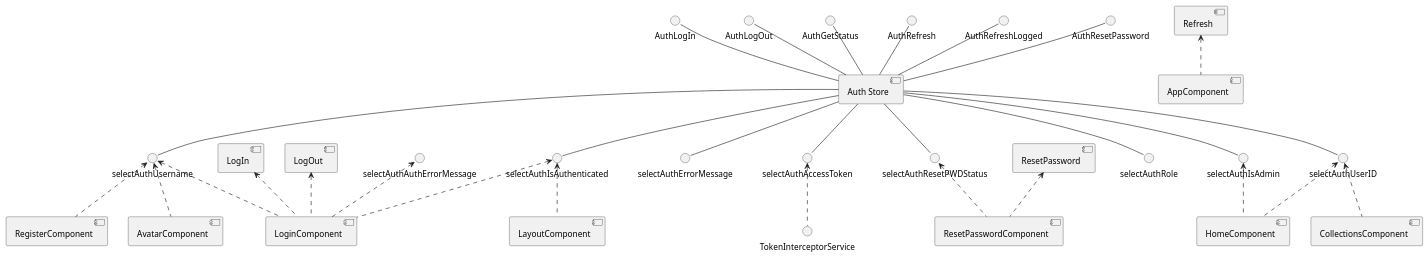
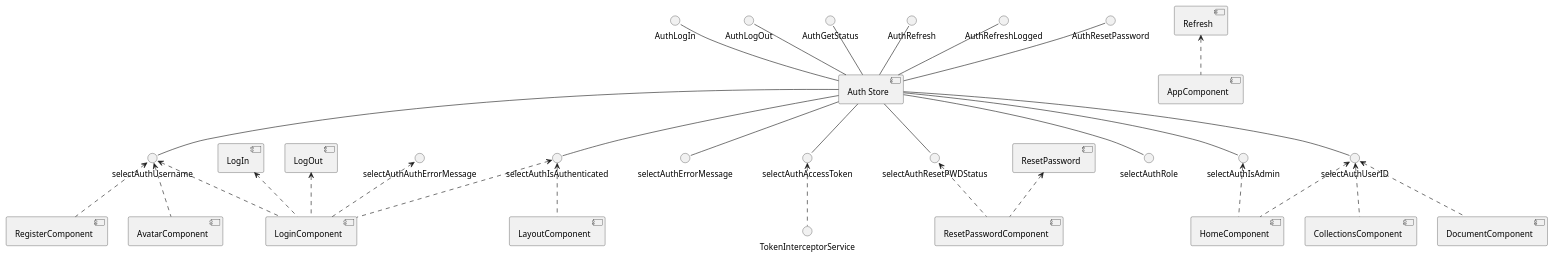
One commit to HISPAMUS/muret changed the first of 17 diagrams in documentation/puml/angular.puml. Above: the diagram before and after it, drawn with PlantUML. The commit also changed other lines of this file and 34 other files, not shown here.

Commit message:
Document UML. Add "move all images to default section"

```diff
--- a/documentation/puml/angular.puml
+++ b/documentation/puml/angular.puml
@@ -3,35 +3,36 @@
 @startuml auth_store_component
     ' Auth
     [Auth Store]
     AuthLogIn -- [Auth Store]
     AuthLogOut -- [Auth Store]
     AuthGetStatus -- [Auth Store]
     AuthRefresh -- [Auth Store]
     AuthRefreshLogged -- [Auth Store]
     AuthResetPassword -- [Auth Store]
     [Auth Store] -- selectAuthIsAuthenticated
     [Auth Store] -- selectAuthUsername
     [Auth Store] -- selectAuthErrorMessage
     [Auth Store] -- selectAuthAccessToken
     [Auth Store] -- selectAuthResetPWDStatus
     [Auth Store] -- selectAuthRole
     [Auth Store] -- selectAuthIsAdmin
     [Auth Store] -- selectAuthUserID
 
     [LogIn] <.. [LoginComponent]
     [LogOut] <.. [LoginComponent]
     [Refresh] <.. [AppComponent]
 
     [ResetPassword] <.. [ResetPasswordComponent]
     selectAuthIsAuthenticated <.. [LoginComponent]
     selectAuthIsAuthenticated <.. [LayoutComponent]
     selectAuthUsername <.. [LoginComponent]
     selectAuthUsername <.. [RegisterComponent]
     selectAuthUsername <.. [AvatarComponent]
     selectAuthAuthErrorMessage <.. [LoginComponent]
     selectAuthAccessToken <.. TokenInterceptorService
     selectAuthResetPWDStatus <.. [ResetPasswordComponent]
     selectAuthIsAdmin <.. [HomeComponent]
     selectAuthUserID <.. [HomeComponent]
     selectAuthUserID <.. [CollectionsComponent]
+    selectAuthUserID <.. [DocumentComponent]
 @enduml
```
